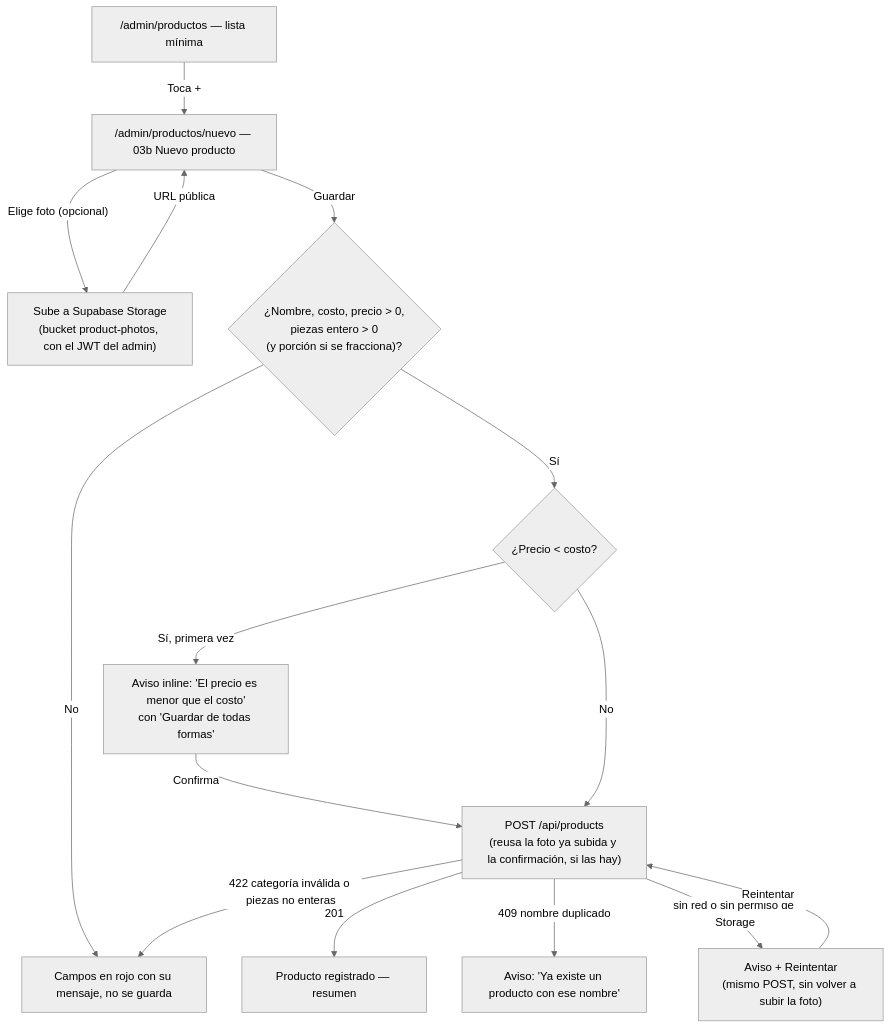
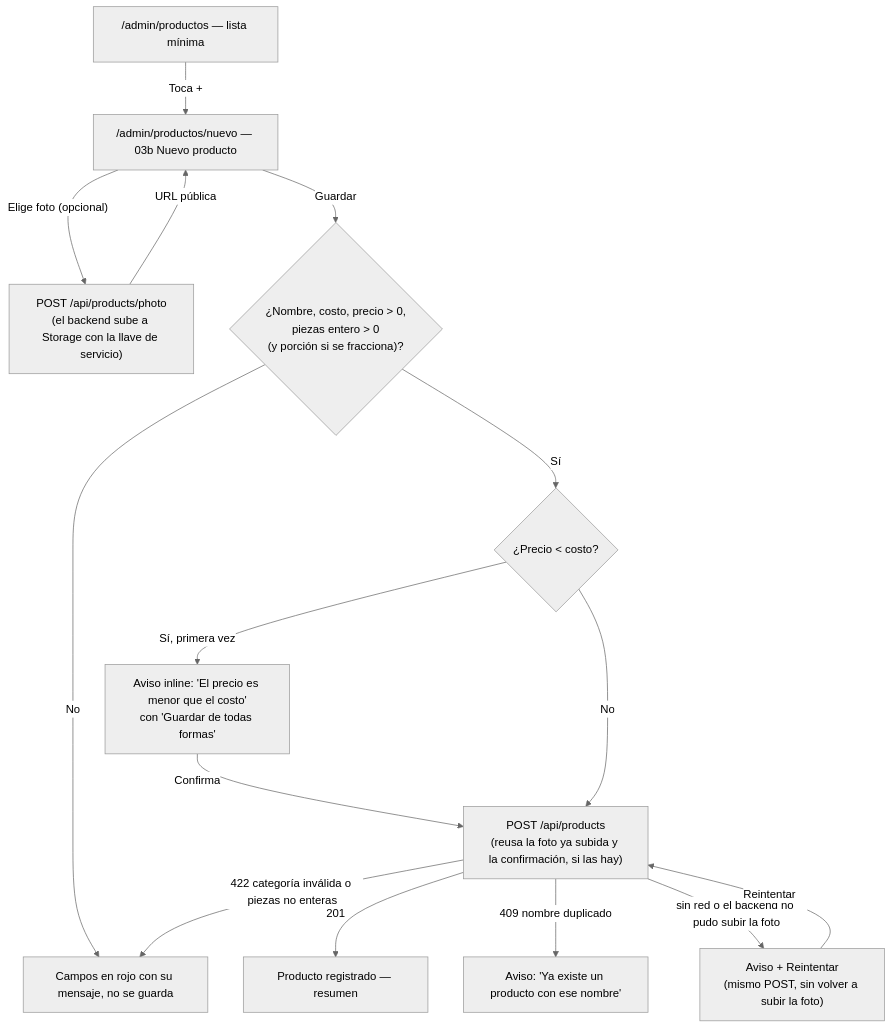
Before and after one commit to fernandojavascrip21-dot/mamut-admin: the diagram in specs/M1-hu04-dar-de-alta-producto/spec.md, drawn with Mermaid (neutral theme). The commit also changed other lines of this file and 12 other files, not shown here.

First line of the commit message:
feat: implement product photo upload functionality

````diff
--- a/specs/M1-hu04-dar-de-alta-producto/spec.md
+++ b/specs/M1-hu04-dar-de-alta-producto/spec.md
@@ -49,17 +49,17 @@
 ```mermaid
 flowchart TD
     Productos["/admin/productos — lista mínima"] -->|"Toca +"| Form["/admin/productos/nuevo — 03b Nuevo producto"]
-    Form -->|"Elige foto (opcional)"| Upload["Sube a Supabase Storage\n(bucket product-photos, con el JWT del admin)"]
+    Form -->|"Elige foto (opcional)"| Upload["POST /api/products/photo\n(el backend sube a Storage con la llave de servicio)"]
     Upload -->|"URL pública"| Form
     Form -->|"Guardar"| ValidaCliente{"¿Nombre, costo, precio > 0,\npiezas entero > 0\n(y porción si se fracciona)?"}
     ValidaCliente -->|No| FormErrores["Campos en rojo con su mensaje, no se guarda"]
     ValidaCliente -->|Sí| ValidaPrecio{"¿Precio < costo?"}
     ValidaPrecio -->|Sí, primera vez| AvisoPrecio["Aviso inline: 'El precio es menor que el costo'\ncon 'Guardar de todas formas'"]
     AvisoPrecio -->|Confirma| POST
     ValidaPrecio -->|No| POST["POST /api/products\n(reusa la foto ya subida y la confirmación, si las hay)"]
     POST -->|201| Registrado["Producto registrado — resumen"]
     POST -->|409 nombre duplicado| AvisoDuplicado["Aviso: 'Ya existe un producto con ese nombre'"]
     POST -->|422 categoría inválida o piezas no enteras| FormErrores
-    POST -->|sin red o sin permiso de Storage| Offline["Aviso + Reintentar\n(mismo POST, sin volver a subir la foto)"]
+    POST -->|sin red o el backend no pudo subir la foto| Offline["Aviso + Reintentar\n(mismo POST, sin volver a subir la foto)"]
     Offline -->|"Reintentar"| POST
 ```
````
